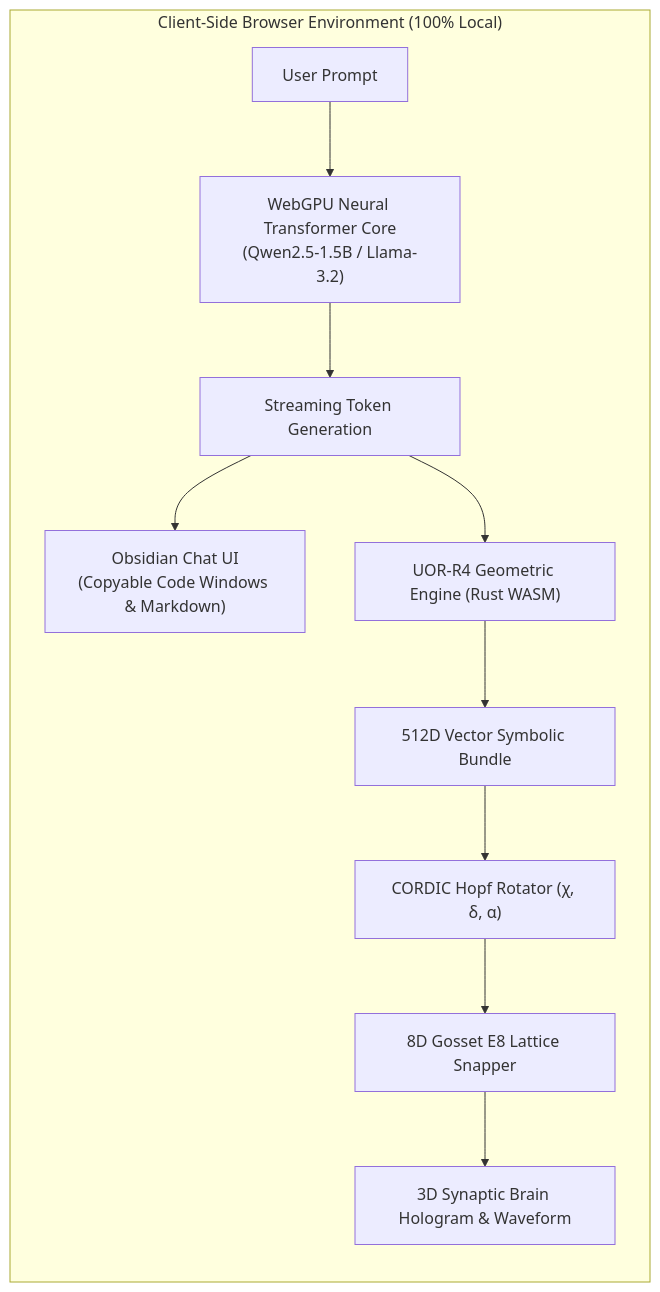
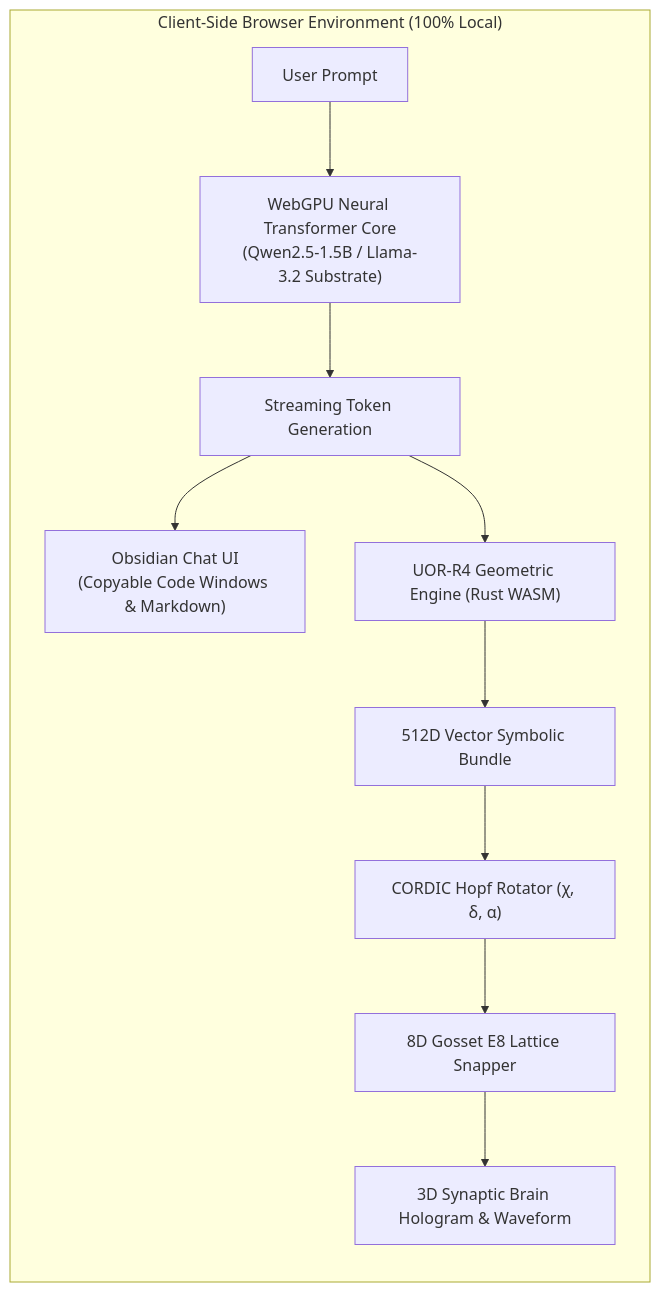
Before and after one commit to Casey-allard/uor-r4-wasm-chat: the diagram in README.md, drawn with Mermaid. The commit also changed other lines of this file and 2 other files, not shown here.

Commit message:
docs(clarification): explicitly distinguish UOR-R4 geometric cognitive engine from pretrained neural weight substrates

````diff
--- a/README.md
+++ b/README.md
@@ -28,14 +36,14 @@
 ```mermaid
 flowchart LR
     subgraph Browser ["Client-Side Browser Environment (100% Local)"]
-        UserPrompt["User Prompt"] --> WebGPU["WebGPU Neural Transformer Core<br/>(Qwen2.5-1.5B / Llama-3.2)"]
+        UserPrompt["User Prompt"] --> WebGPU["WebGPU Neural Transformer Core<br/>(Qwen2.5-1.5B / Llama-3.2 Substrate)"]
         WebGPU --> TokenStream["Streaming Token Generation"]
         TokenStream --> Output["Obsidian Chat UI<br/>(Copyable Code Windows & Markdown)"]
         
         TokenStream --> WASM["UOR-R4 Geometric Engine (Rust WASM)"]
         WASM --> VSA["512D Vector Symbolic Bundle"]
         VSA --> CORDIC["CORDIC Hopf Rotator (χ, δ, α)"]
         CORDIC --> E8["8D Gosset E8 Lattice Snapper"]
         E8 --> Brain["3D Synaptic Brain Hologram & Waveform"]
     end
 ```
````
